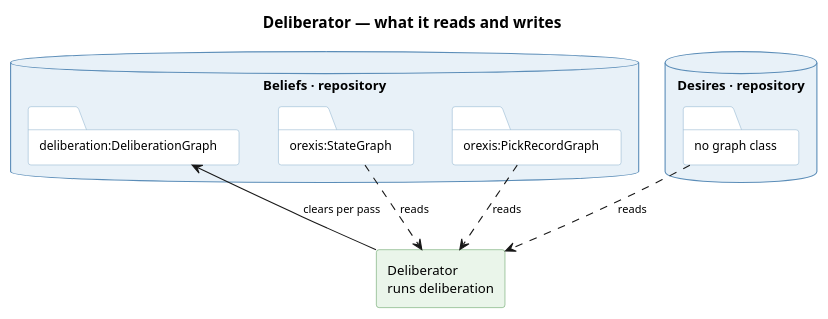
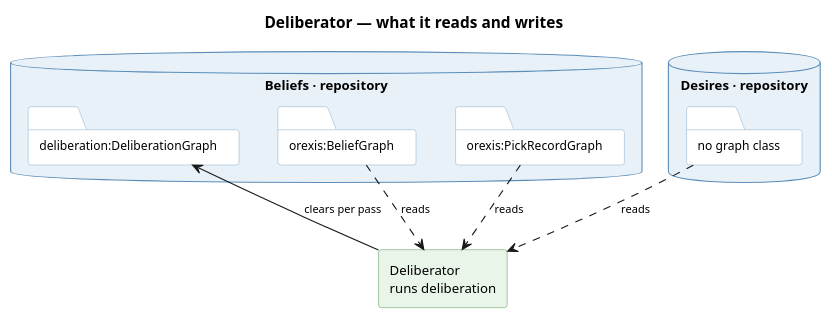
One commit to ShishkinDmitriy/orexis changed the diagram in knowledge/diagrams/service-deliberator.puml. Above: the diagram before and after it, drawn with PlantUML. The commit also changed 208 other files, not shown here.

```diff
--- a/knowledge/diagrams/service-deliberator.puml
+++ b/knowledge/diagrams/service-deliberator.puml
@@ -1,42 +1,42 @@
 @startuml service-deliberator
 title Deliberator — what it reads and writes
 
 skinparam componentStyle rectangle
 skinparam shadowing false
 skinparam defaultFontSize 12
 skinparam titleFontSize 14
 skinparam ArrowFontSize 10
 skinparam database {
   BackgroundColor #E8F1F8
   BorderColor #5B8DB8
 }
 skinparam folder {
   BackgroundColor #FFFFFF
   BorderColor #8FB4D0
   FontSize 11
 }
 skinparam component {
   BackgroundColor #EAF5EA
   BorderColor #5E9E5E
 }
 
 
 database "Beliefs · repository" as BEL {
-  folder "orexis:StateGraph" as S
+  folder "orexis:BeliefGraph" as S
   folder "orexis:PickRecordGraph" as P
   folder "deliberation:DeliberationGraph" as D
 }
 
 database "Desires · repository" as DES {
   folder "no graph class" as X
 }
 
 component "Deliberator\nruns deliberation" as DEL
 
 
 S ..> DEL : reads
 P ..> DEL : reads
 X ..> DEL : reads
 DEL --> D : clears per pass
 
 @enduml
```
